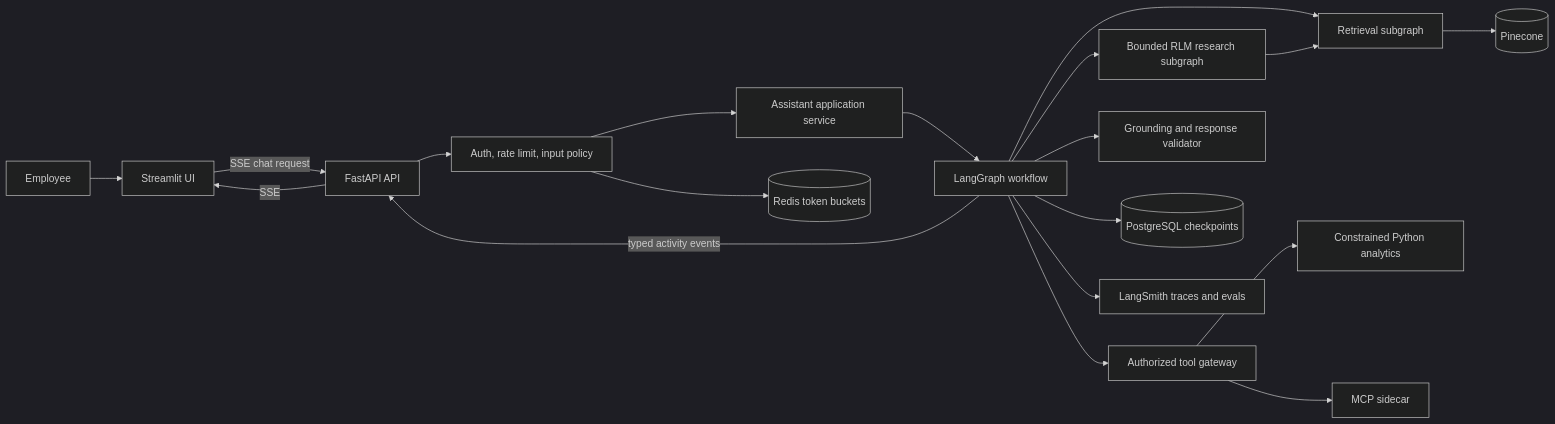
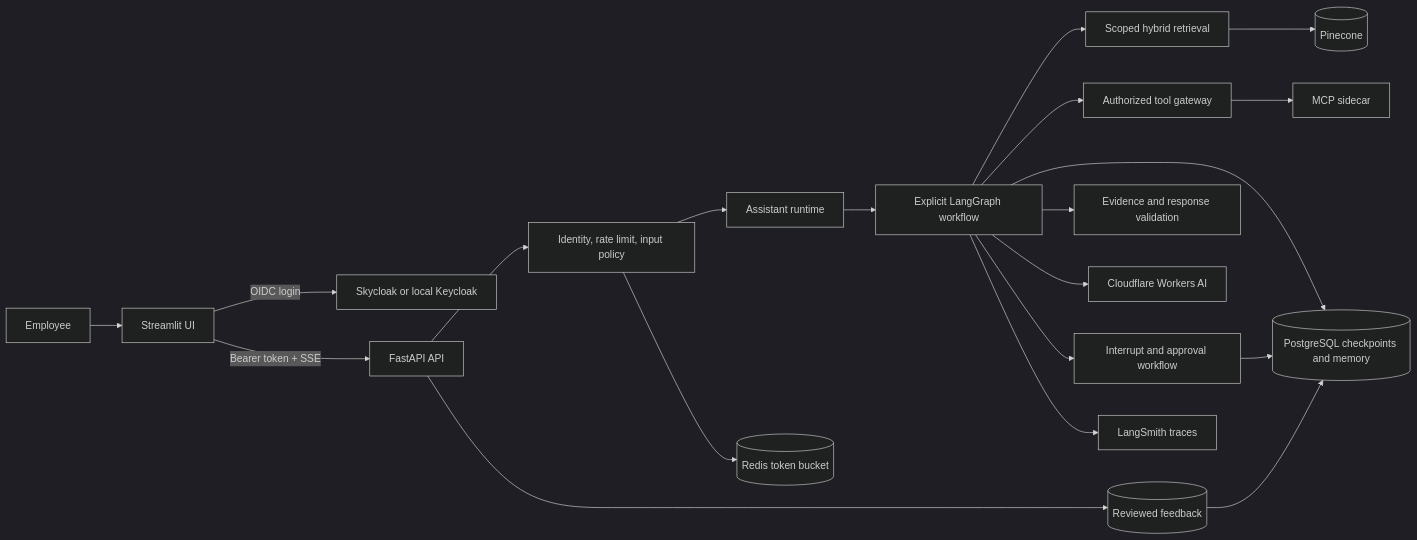
One commit to yathindrak/orysys changed the diagram in docs/architecture-plan.md. Above: the diagram before and after it, drawn with Mermaid (dark theme). The commit also changed other lines of this file and 26 other files, not shown here.

````diff
--- a/docs/architecture-plan.md
+++ b/docs/architecture-plan.md
@@ -72,23 +72,22 @@
 ```mermaid
 flowchart LR
     User[Employee] --> UI[Streamlit UI]
-    UI -->|SSE chat request| API[FastAPI API]
-    API --> Gate[Auth, rate limit, input policy]
-    Gate --> App[Assistant application service]
-    App --> Graph[LangGraph workflow]
-
-    Graph --> Retrieval[Retrieval subgraph]
-    Graph --> Research[Bounded RLM research subgraph]
+    UI -->|OIDC login| Keycloak[Skycloak or local Keycloak]
+    UI -->|Bearer token + SSE| API[FastAPI API]
+    API --> Policy[Identity, rate limit, input policy]
+    Policy --> Runtime[Assistant runtime]
+    Runtime --> Graph[Explicit LangGraph workflow]
+    Graph --> Retrieval[Scoped hybrid retrieval]
     Graph --> Tools[Authorized tool gateway]
-    Graph --> Validate[Grounding and response validator]
-
+    Graph --> Approval[Interrupt and approval workflow]
+    Graph --> Validation[Evidence and response validation]
+    Graph --> Cloudflare[Cloudflare Workers AI]
     Retrieval --> Pinecone[(Pinecone)]
-    Research --> Retrieval
-    Tools --> Analysis[Constrained Python analytics]
     Tools --> MCP[MCP sidecar]
-    Graph --> Postgres[(PostgreSQL checkpoints)]
-    Gate --> Redis[(Redis token buckets)]
-    Graph --> LangSmith[LangSmith traces and evals]
-    Graph -->|typed activity events| API
-    API -->|SSE| UI
+    Graph --> Postgres[(PostgreSQL checkpoints and memory)]
+    API --> Feedback[(Reviewed feedback)]
+    Approval --> Postgres
+    Feedback --> Postgres
+    Policy --> Redis[(Redis token bucket)]
+    Graph --> LangSmith[LangSmith traces]
 ```
````
